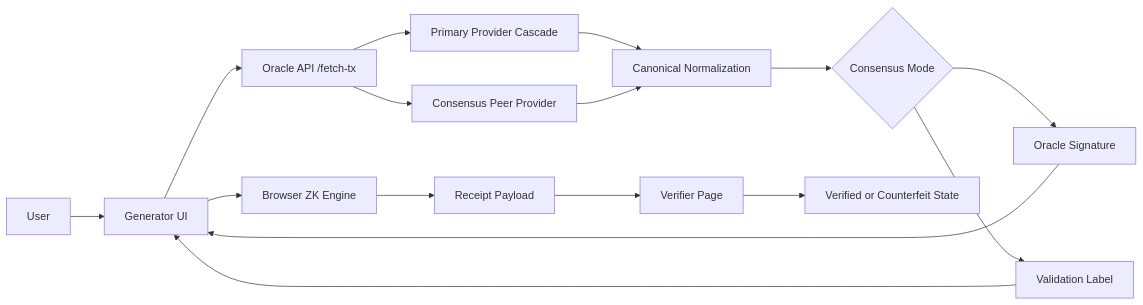
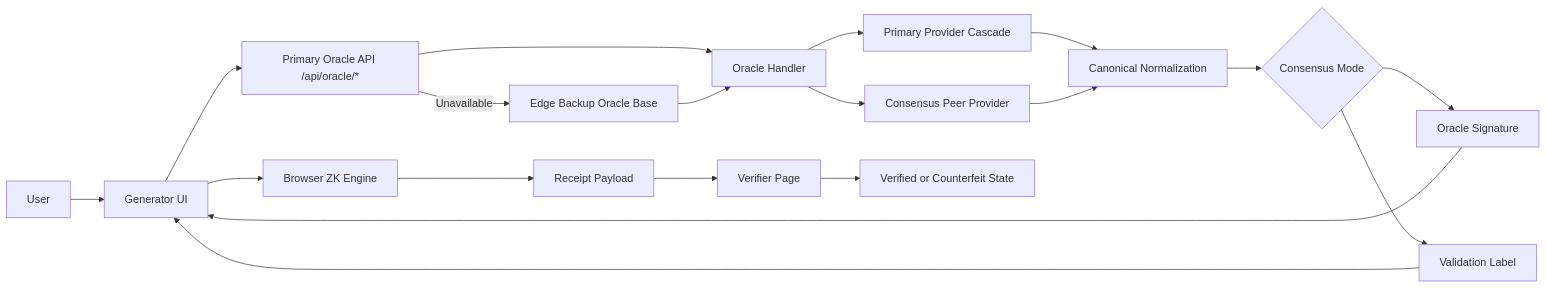
One commit to Teycir/Ghostreceipt changed the first of 2 diagrams in README.md. Above: the diagram before and after it, drawn with Mermaid. The commit also changed other lines of this file and 17 other files, not shown here.

Commit message:
docs(oracle): document client-primary edge-backup fail-safe architecture

````diff
--- a/README.md
+++ b/README.md
@@ -144,18 +145,21 @@
 ```mermaid
 flowchart LR
     U[User] --> G[Generator UI]
-    G --> O[Oracle API /fetch-tx]
+    G --> O1[Primary Oracle API /api/oracle/*]
+    O1 -->|Unavailable| O2[Edge Backup Oracle Base]
+    O1 --> O[Oracle Handler]
+    O2 --> O
     O --> P1[Primary Provider Cascade]
     O --> P2[Consensus Peer Provider]
     P1 --> N[Canonical Normalization]
     P2 --> N
     N --> D{Consensus Mode}
     D --> S[Oracle Signature]
     D --> L[Validation Label]
     S --> G
     L --> G
     G --> ZK[Browser ZK Engine]
     ZK --> R[Receipt Payload]
     R --> V[Verifier Page]
     V --> OUT[Verified or Counterfeit State]
 ```
````
